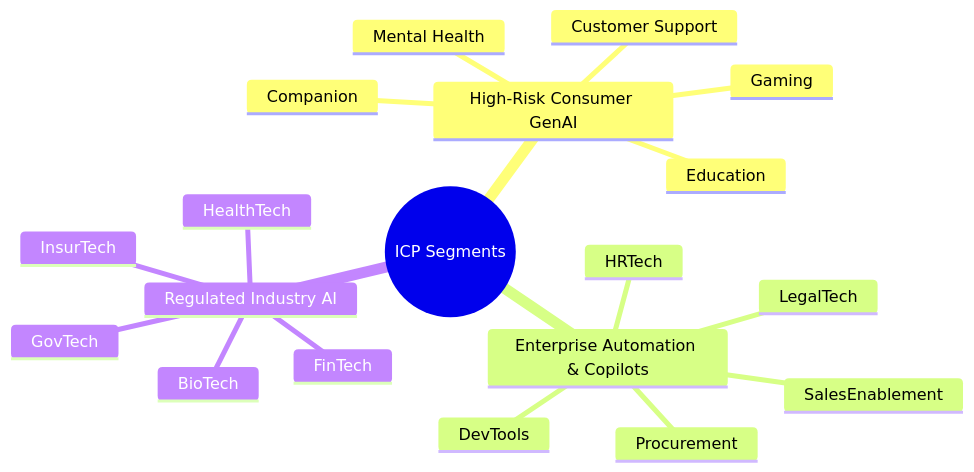
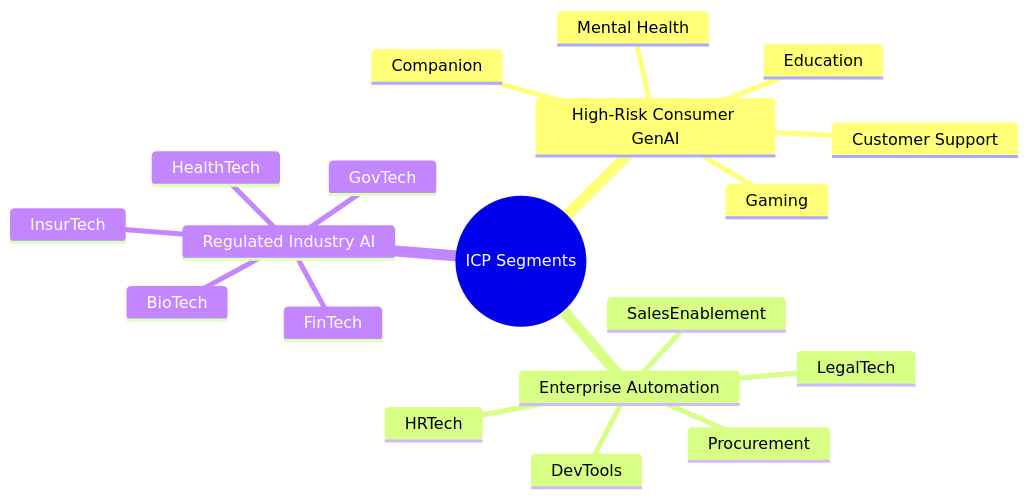
One commit to frankterpo/mermaidchart_prezi changed the second of 7 diagrams in presentation/white_circle_prezi.md. Above: the diagram before and after it, drawn with Mermaid. The commit also changed other lines of this file, not shown here.

````diff
--- a/presentation/white_circle_prezi.md
+++ b/presentation/white_circle_prezi.md
@@ -44,22 +67,22 @@
 ```mermaid
 mindmap
   root((ICP Segments))
     High-Risk Consumer GenAI
       Mental Health
       Companion
       Customer Support
       Gaming
       Education
-    Enterprise Automation & Copilots
+    Enterprise Automation
       DevTools
       LegalTech
       HRTech
       SalesEnablement
       Procurement
     Regulated Industry AI
       FinTech
       HealthTech
       GovTech
       InsurTech
       BioTech
 ```
````
